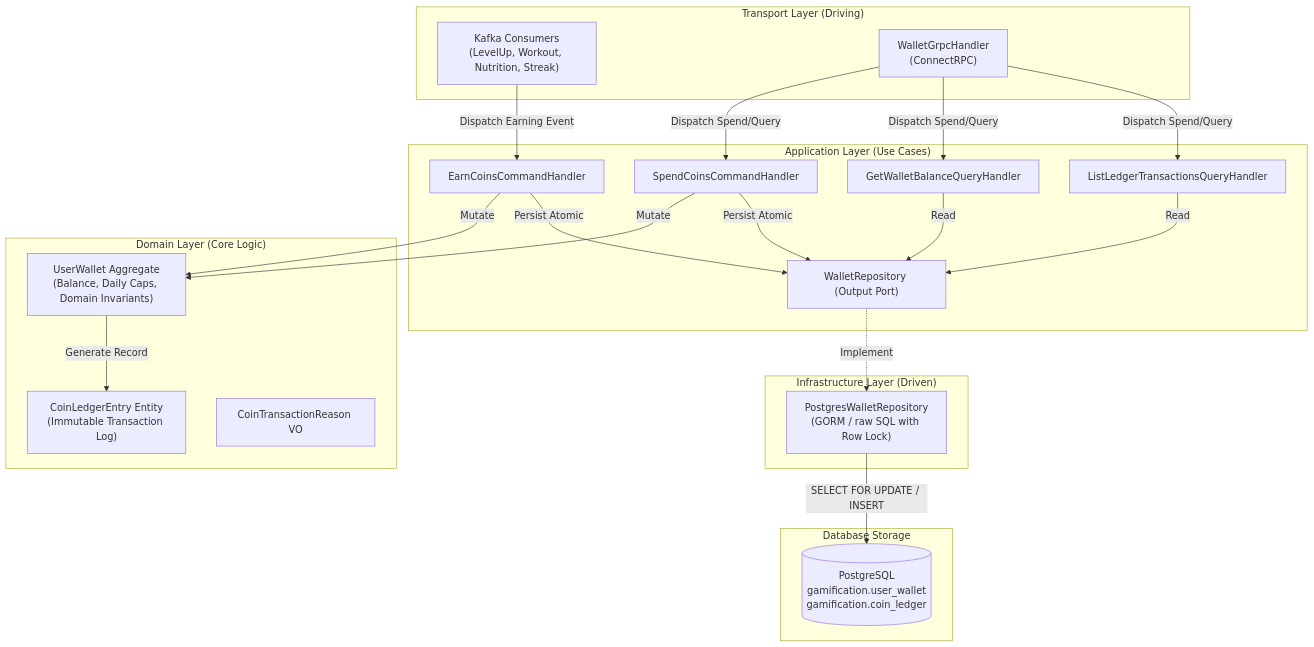
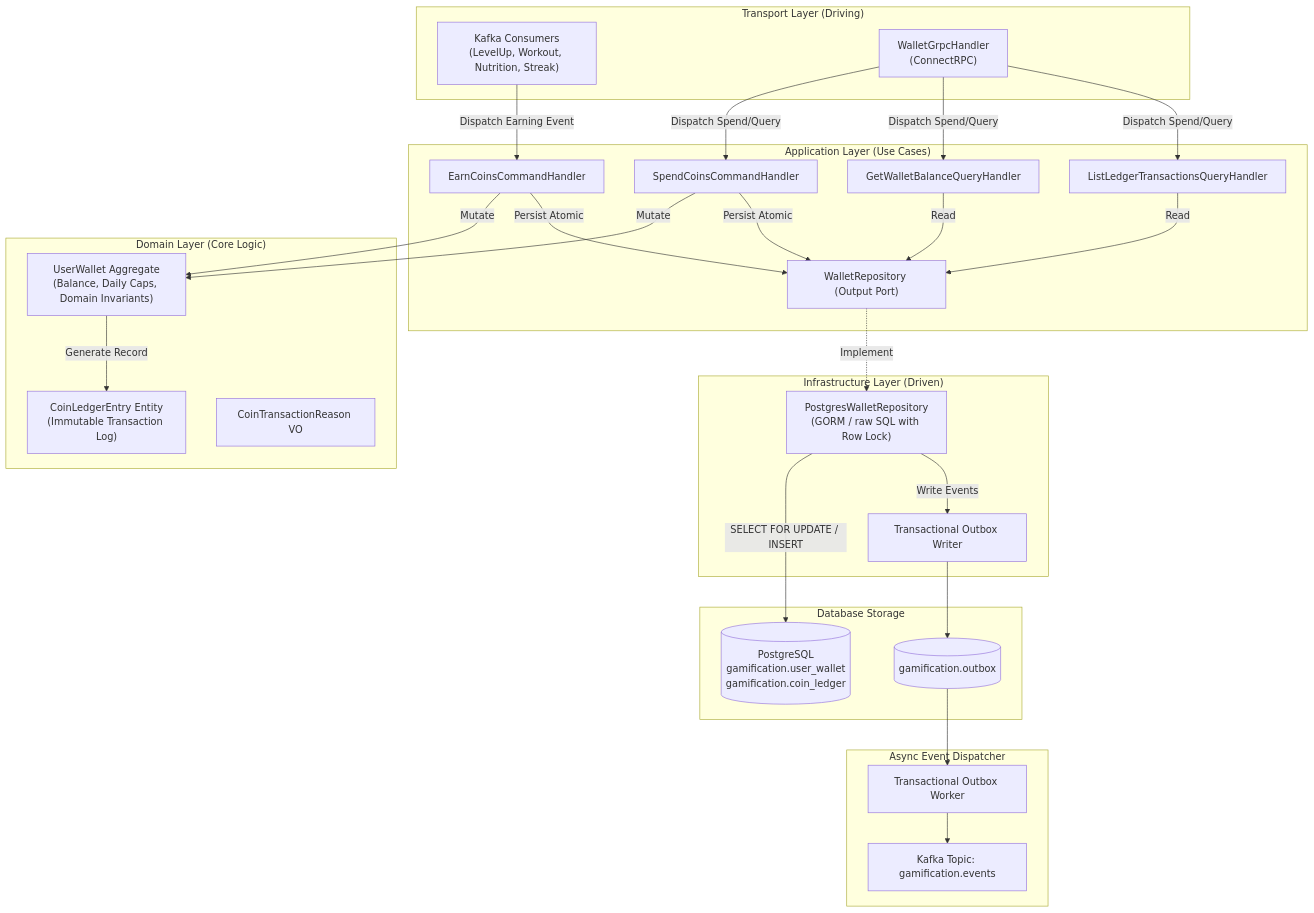
One commit to viethung213/gym-companion changed the first of 4 diagrams in internal/gamification/docs/features/fitcoins-and-ledger/02-design.md. Above: the diagram before and after it, drawn with Mermaid. The commit also changed other lines of this file and 1 other file, not shown here.

Commit message:
docs(gamification): bổ sung luồng Transactional Outbox và CloudEvents cho FitCoins

````diff
--- a/internal/gamification/docs/features/fitcoins-and-ledger/02-design.md
+++ b/internal/gamification/docs/features/fitcoins-and-ledger/02-design.md
@@ -7,38 +7,47 @@
 ```mermaid
 flowchart TD
     subgraph DrivingAdapters["Transport Layer (Driving)"]
         KAFKA_IN["Kafka Consumers<br/>(LevelUp, Workout, Nutrition, Streak)"]
         GRPC["WalletGrpcHandler<br/>(ConnectRPC)"]
     end
 
     subgraph ApplicationLayer["Application Layer (Use Cases)"]
         CMD_EARN["EarnCoinsCommandHandler"]
         CMD_SPEND["SpendCoinsCommandHandler"]
         QRY_BAL["GetWalletBalanceQueryHandler"]
         QRY_TX["ListLedgerTransactionsQueryHandler"]
         PORT_REPO["WalletRepository (Output Port)"]
     end
 
     subgraph DomainLayer["Domain Layer (Core Logic)"]
         AGG["UserWallet Aggregate<br/>(Balance, Daily Caps, Domain Invariants)"]
         ENTITY["CoinLedgerEntry Entity<br/>(Immutable Transaction Log)"]
         VO["CoinTransactionReason VO"]
     end
 
     subgraph DrivenAdapters["Infrastructure Layer (Driven)"]
         REPO_IMPL["PostgresWalletRepository<br/>(GORM / raw SQL with Row Lock)"]
+        OUTBOX["Transactional Outbox Writer"]
     end
 
     subgraph Storage["Database Storage"]
         DB[(PostgreSQL<br/>gamification.user_wallet<br/>gamification.coin_ledger)]
+        DB_OUTBOX[(gamification.outbox)]
+    end
+
+    subgraph Dispatcher["Async Event Dispatcher"]
+        WORKER["Transactional Outbox Worker"]
+        EVT_BUS["Kafka Topic: gamification.events"]
     end
 
     KAFKA_IN -->|Dispatch Earning Event| CMD_EARN
     GRPC -->|Dispatch Spend/Query| CMD_SPEND & QRY_BAL & QRY_TX
     CMD_EARN & CMD_SPEND -->|Mutate| AGG
     AGG -->|Generate Record| ENTITY
     CMD_EARN & CMD_SPEND -->|Persist Atomic| PORT_REPO
     QRY_BAL & QRY_TX -->|Read| PORT_REPO
     PORT_REPO -.->|Implement| REPO_IMPL
     REPO_IMPL -->|SELECT FOR UPDATE / INSERT| DB
+    REPO_IMPL -->|Write Events| OUTBOX --> DB_OUTBOX
+    DB_OUTBOX --> WORKER --> EVT_BUS
 ```
````
